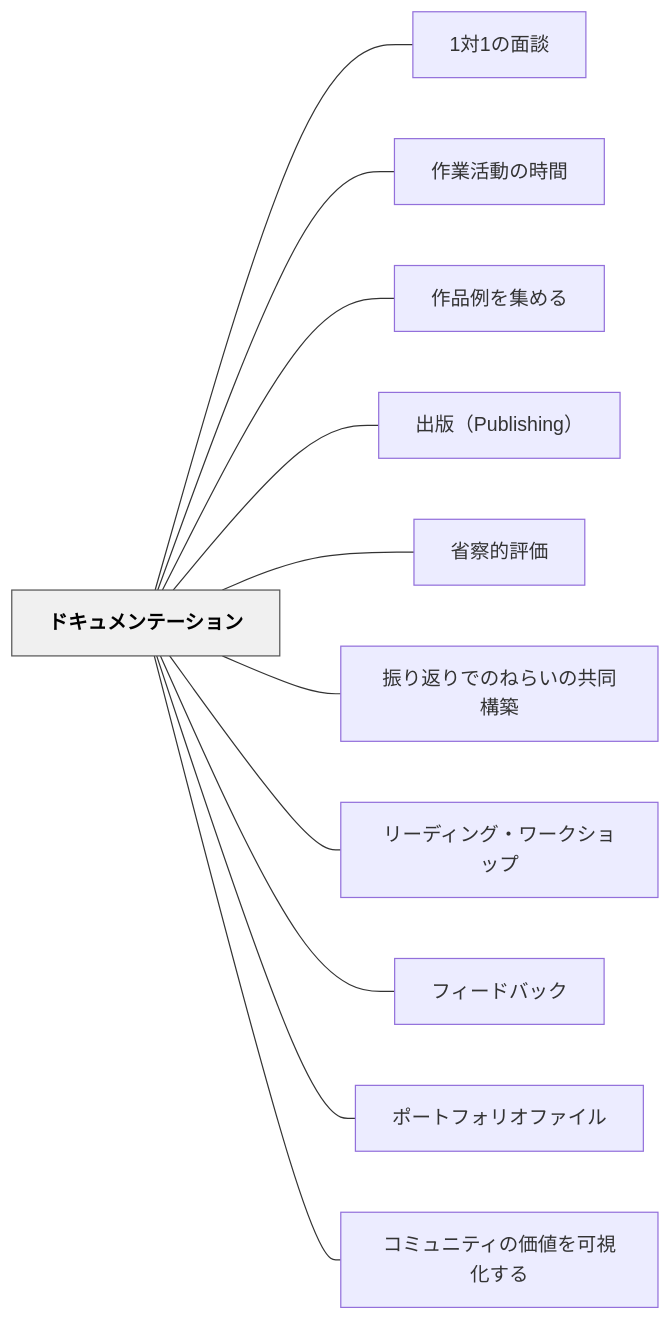
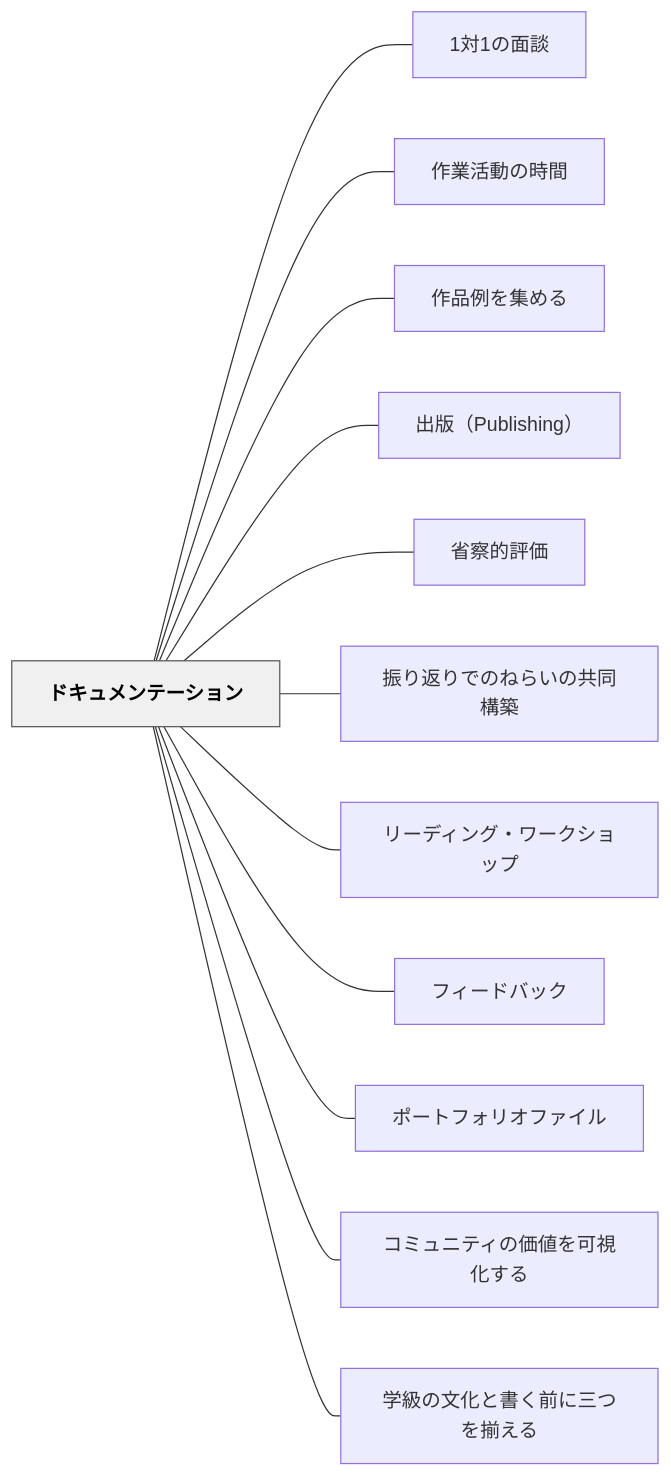
Before and after one commit to unknownthings-ed-patterns/unknownthings-ed-patterns: the diagram in content/パタン/ドキュメンテーション.md, drawn with Mermaid. The commit also changed other lines of this file, not shown here.

Commit message:
auto: Obsidianから同期 2026-08-03 19:56

````diff
--- a/content/パタン/ドキュメンテーション.md
+++ b/content/パタン/ドキュメンテーション.md
@@ -67,28 +68,30 @@
 ```mermaid
 flowchart LR
     ne38389e382ade383a5e383a1e383b3e38386e383bce382b7e383a7e383b3["ドキュメンテーション"]
     n31e5afbe31e381aee99da2e8ab87["1対1の面談"]
     ne4bd9ce6a5ade6b4bbe58b95e381aee69982e99693["作業活動の時間"]
     ne4bd9ce59381e4be8be38292e99b86e38281e3828b["作品例を集める"]
     ne587bae78988efbc885075626c697368696e67efbc89["出版（Publishing）"]
     ne79c81e5af9fe79a84e8a995e4bea1["省察的評価"]
     ne68cafe3828ae8bf94e3828ae381a7e381aee381ade38289e38184e381aee585b1e5908ce6a78be7af89["振り返りでのねらいの共同構築"]
     ne383aae383bce38387e382a3e383b3e382b0e383bbe383afe383bce382afe382b7e383a7e38383e38397["リーディング・ワークショップ"]
     ne38395e382a3e383bce38389e38390e38383e382af["フィードバック"]
     ne3839de383bce38388e38395e382a9e383aae382aae38395e382a1e382a4e383ab["ポートフォリオファイル"]
     ne382b3e3839fe383a5e3838be38386e382a3e381aee4bea1e580a4e38292e58fafe8a696e58c96e38199e3828b["コミュニティの価値を可視化する"]
+    ne5ada6e7b49ae381aee69687e58c96e381a8e69bb8e3818fe5898de381abe4b889e381a4e38292e68f83e38188e3828b["学級の文化と書く前に三つを揃える"]
 
     ne38389e382ade383a5e383a1e383b3e38386e383bce382b7e383a7e383b3 --- n31e5afbe31e381aee99da2e8ab87
     ne38389e382ade383a5e383a1e383b3e38386e383bce382b7e383a7e383b3 --- ne4bd9ce6a5ade6b4bbe58b95e381aee69982e99693
     ne38389e382ade383a5e383a1e383b3e38386e383bce382b7e383a7e383b3 --- ne4bd9ce59381e4be8be38292e99b86e38281e3828b
     ne38389e382ade383a5e383a1e383b3e38386e383bce382b7e383a7e383b3 --- ne587bae78988efbc885075626c697368696e67efbc89
     ne38389e382ade383a5e383a1e383b3e38386e383bce382b7e383a7e383b3 --- ne79c81e5af9fe79a84e8a995e4bea1
     ne38389e382ade383a5e383a1e383b3e38386e383bce382b7e383a7e383b3 --- ne68cafe3828ae8bf94e3828ae381a7e381aee381ade38289e38184e381aee585b1e5908ce6a78be7af89
     ne38389e382ade383a5e383a1e383b3e38386e383bce382b7e383a7e383b3 --- ne383aae383bce38387e382a3e383b3e382b0e383bbe383afe383bce382afe382b7e383a7e38383e38397
     ne38389e382ade383a5e383a1e383b3e38386e383bce382b7e383a7e383b3 --- ne38395e382a3e383bce38389e38390e38383e382af
     ne38389e382ade383a5e383a1e383b3e38386e383bce382b7e383a7e383b3 --- ne3839de383bce38388e38395e382a9e383aae382aae38395e382a1e382a4e383ab
     ne38389e382ade383a5e383a1e383b3e38386e383bce382b7e383a7e383b3 --- ne382b3e3839fe383a5e3838be38386e382a3e381aee4bea1e580a4e38292e58fafe8a696e58c96e38199e3828b
+    ne38389e382ade383a5e383a1e383b3e38386e383bce382b7e383a7e383b3 --- ne5ada6e7b49ae381aee69687e58c96e381a8e69bb8e3818fe5898de381abe4b889e381a4e38292e68f83e38188e3828b
 
     classDef hub fill:#f0f0f0,stroke:#555,color:#000,font-weight:bold
     class ne38389e382ade383a5e383a1e383b3e38386e383bce382b7e383a7e383b3 hub
 ```
````
